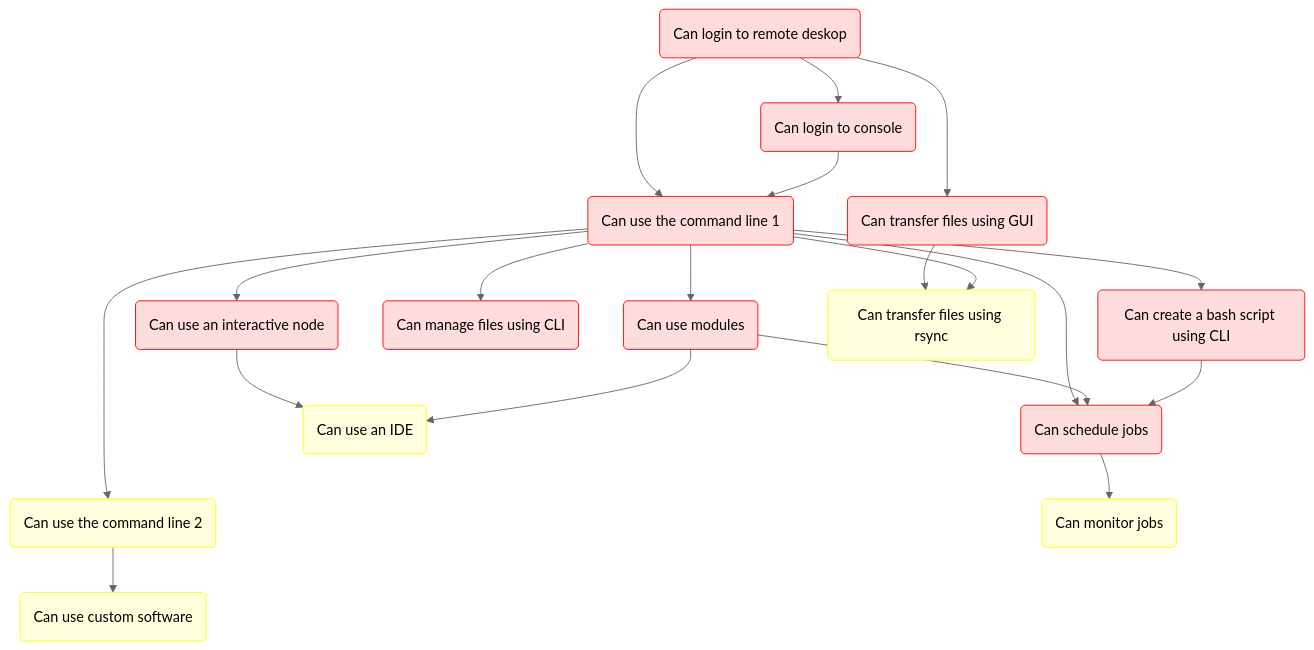
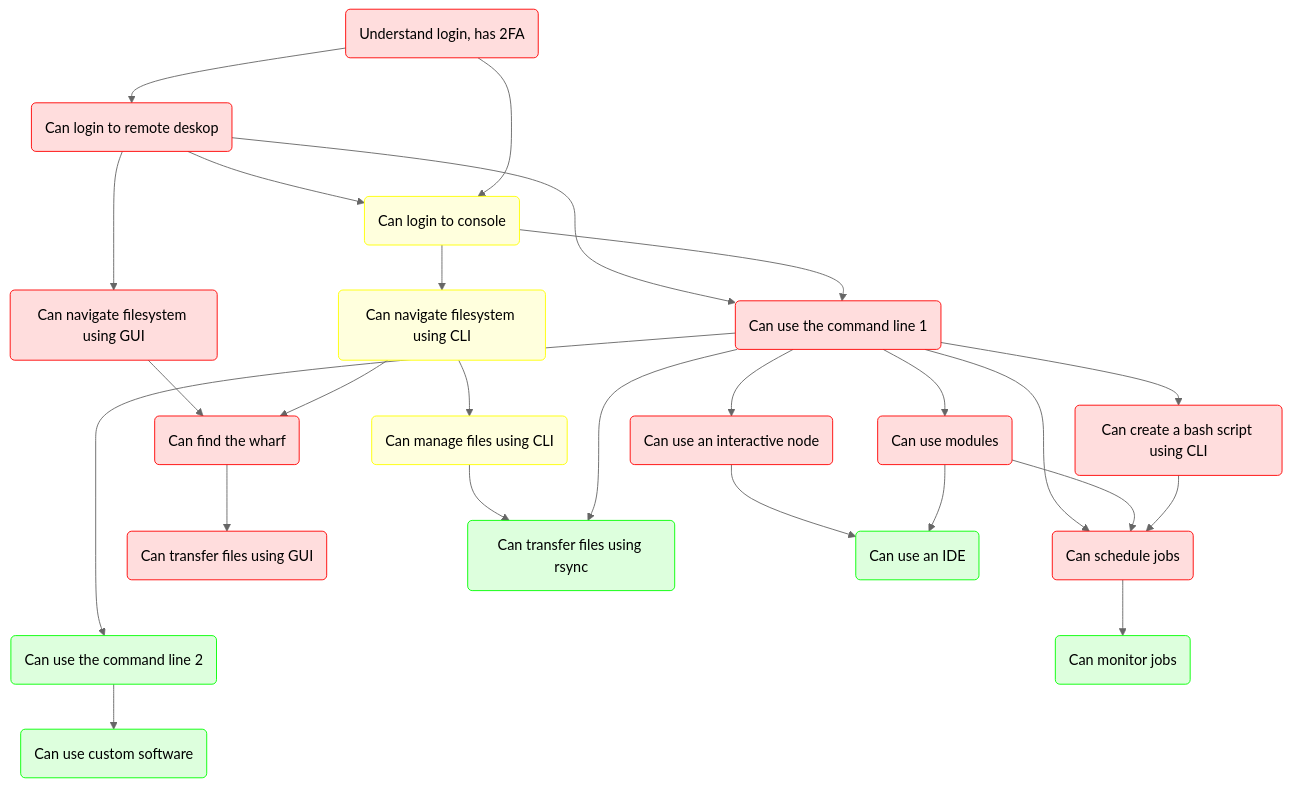
One commit to UPPMAX/bianca_workshop changed the diagram in docs/intro.md. Above: the diagram before and after it, drawn with Mermaid (neutral theme). The commit also changed 1 other file, not shown here.

Commit message:
Add wharf

````diff
--- a/docs/intro.md
+++ b/docs/intro.md
@@ -74,61 +74,72 @@
 ```mermaid
 %% Direction is top->down
 flowchart TD
 
-  %% Give a white background, instead of a transparent one
-  classDef node fill:#fff,color:#000,stroke:#000
-  classDef focus_node fill:#fff,color:#000,stroke:#000,stroke-width:4px
-  classDef basic_node fill:#fdd,color:#000,stroke:#f00
-  classDef intermediate_node fill:#ffd,color:#000,stroke:#ff0
+    %% Give a white background, instead of a transparent one
+    classDef node fill:#fff,color:#000,stroke:#000
+    classDef focus_node fill:#fff,color:#000,stroke:#000,stroke-width:4px
+    classDef basic_node fill:#fdd,color:#000,stroke:#f00
+    classDef basic_extra_node fill:#ffd,color:#000,stroke:#ff0
+    classDef intermediate_node fill:#dfd,color:#000,stroke:#0f0
   
-  %% subgraph sub_basic_use[Basic use of Bianca]
-    can_login_to_remove_desktop(Can login to remote deskop):::basic_node
-    can_login_to_console(Can login to console):::basic_node
-    can_use_command_line_1(Can use the command line 1):::basic_node
-    can_use_modules(Can use modules):::basic_node
-    can_use_interactive_node(Can use an interactive node):::basic_node
-    can_manage_files_using_cli(Can manage files using CLI):::basic_node
-    can_schedule_jobs(Can schedule jobs):::basic_node
-    can_create_bash_script_using_cli(Can create a bash script using CLI):::basic_node
-    can_tranfer_files_using_gui(Can transfer files using GUI):::basic_node
-  %% end
-  %% style sub_basic_use fill:#fcc,color:#000,stroke:#fcc
+    %% subgraph sub_basic_use[Basic use of Bianca]
+      understand_login(Understand login, has 2FA):::basic_node
+      can_login_to_remove_desktop(Can login to remote deskop):::basic_node
+      can_login_to_console(Can login to console):::basic_extra_node
+      can_navigate_filesystem_using_gui(Can navigate filesystem using GUI):::basic_node
+      can_navigate_filesystem_using_cli(Can navigate filesystem using CLI):::basic_extra_node
+      can_find_wharf(Can find the wharf):::basic_node
+      can_use_command_line_1(Can use the command line 1):::basic_node
+      can_use_modules(Can use modules):::basic_node
+      can_use_interactive_node(Can use an interactive node):::basic_node
+      can_manage_files_using_cli(Can manage files using CLI):::basic_extra_node
+      can_schedule_jobs(Can schedule jobs):::basic_node
+      can_create_bash_script_using_cli(Can create a bash script using CLI):::basic_node
+      can_tranfer_files_using_gui(Can transfer files using GUI):::basic_node
+    %% end
+    %% style sub_basic_use fill:#fcc,color:#000,stroke:#fcc
 
-  %% subgraph sub_intermediate_use[Intermediate use of Bianca]
-    can_tranfer_files_using_rsync(Can transfer files using rsync):::intermediate_node
-    can_use_command_line_2(Can use the command line 2):::intermediate_node
-    can_use_custom_software(Can use custom software):::intermediate_node
-    can_monitor_jobs(Can monitor jobs):::intermediate_node
-    can_use_ide(Can use an IDE):::intermediate_node
-  %% end
-  %% style sub_intermediate_use fill:#ffc,color:#000,stroke:#ffc
+    %% subgraph sub_intermediate_use[Intermediate use of Bianca]
+      can_tranfer_files_using_rsync(Can transfer files using rsync):::intermediate_node
+      can_use_command_line_2(Can use the command line 2):::intermediate_node
+      can_use_custom_software(Can use custom software):::intermediate_node
+      can_monitor_jobs(Can monitor jobs):::intermediate_node
+      can_use_ide(Can use an IDE):::intermediate_node
+    %% end
+    %% style sub_intermediate_use fill:#ffc,color:#000,stroke:#ffc
 
 
-  %% Basic
-  can_login_to_remove_desktop --> can_login_to_console
-  can_login_to_remove_desktop --> can_use_command_line_1
-  can_login_to_remove_desktop --> can_tranfer_files_using_gui
-  can_login_to_console --> can_use_command_line_1
-  can_use_command_line_1 --> can_use_modules
-  can_use_command_line_1 --> can_use_interactive_node
-  can_use_command_line_1 --> can_use_command_line_2
-  can_use_command_line_1 --> can_create_bash_script_using_cli
-  can_use_command_line_1 --> can_schedule_jobs
-  can_use_command_line_1 --> can_manage_files_using_cli
-  can_use_modules --> can_schedule_jobs
-  can_create_bash_script_using_cli --> can_schedule_jobs
+    %% Basic
+    understand_login --> can_login_to_remove_desktop
+    can_login_to_remove_desktop --> can_login_to_console
+    can_login_to_remove_desktop --> can_use_command_line_1
+    can_login_to_remove_desktop --> can_navigate_filesystem_using_gui
+    can_navigate_filesystem_using_gui --> can_find_wharf
+    can_login_to_console --> can_navigate_filesystem_using_cli
+    can_navigate_filesystem_using_cli --> can_find_wharf
+    can_find_wharf --> can_tranfer_files_using_gui
+    understand_login --> can_login_to_console
+    can_login_to_console --> can_use_command_line_1
+    can_use_command_line_1 --> can_use_modules
+    can_use_command_line_1 --> can_use_interactive_node
+    can_use_command_line_1 --> can_use_command_line_2
+    can_use_command_line_1 --> can_create_bash_script_using_cli
+    can_use_command_line_1 --> can_schedule_jobs
+    can_navigate_filesystem_using_cli --> can_manage_files_using_cli
+    can_use_modules --> can_schedule_jobs
+    can_create_bash_script_using_cli --> can_schedule_jobs
 
-  %% Basic -> Intermediate
-  can_tranfer_files_using_gui --> can_tranfer_files_using_rsync
-  can_schedule_jobs --> can_monitor_jobs
-  can_use_interactive_node --> can_use_ide
-  can_use_modules --> can_use_ide
+    %% Basic -> Intermediate
+    can_manage_files_using_cli --> can_tranfer_files_using_rsync
+    can_schedule_jobs --> can_monitor_jobs
+    can_use_interactive_node --> can_use_ide
+    can_use_modules --> can_use_ide
 
-  %% Make sure Intermediate is below Basic,
-  %% using invisible nodes
-  can_schedule_jobs ~~~ can_use_command_line_2
+    %% Make sure Intermediate is below Basic,
+    %% using invisible nodes
+    can_schedule_jobs ~~~ can_use_command_line_2
 
-  %% Intermediate
-  can_use_command_line_1 --> can_tranfer_files_using_rsync
-  can_use_command_line_2 --> can_use_custom_software
+    %% Intermediate
+    can_use_command_line_1 --> can_tranfer_files_using_rsync
+    can_use_command_line_2 --> can_use_custom_software
 ```
````
